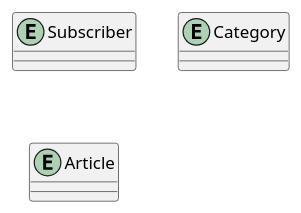
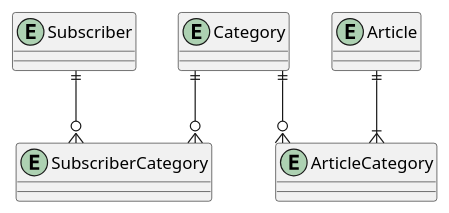
Before and after one commit to pmalvaro/example-project: the diagram in docs/plantuml/erd.puml, drawn with PlantUML. The commit also changed 3 other files, not shown here.

Commit message:
Un poco de lore de la aplicación, el ERD y ERD simplificado.

```diff
--- a/docs/plantuml/erd.puml
+++ b/docs/plantuml/erd.puml
@@ -1,17 +1,28 @@
 @startuml
 'https://plantuml.com/ie-diagram
 
+skinparam linetype ortho
+
 Entity Subscriber{
 }
+
+Entity SubscriberCategory
 
 Entity Category{
 }
 
 Entity Article{
 }
 
+Entity ArticleCategory{
+}
 
 
+Subscriber ||--o{ SubscriberCategory
+Category ||--o{ SubscriberCategory
+
+Article ||--|{ ArticleCategory
+Category ||--o{ ArticleCategory
 
 
 @enduml
```
